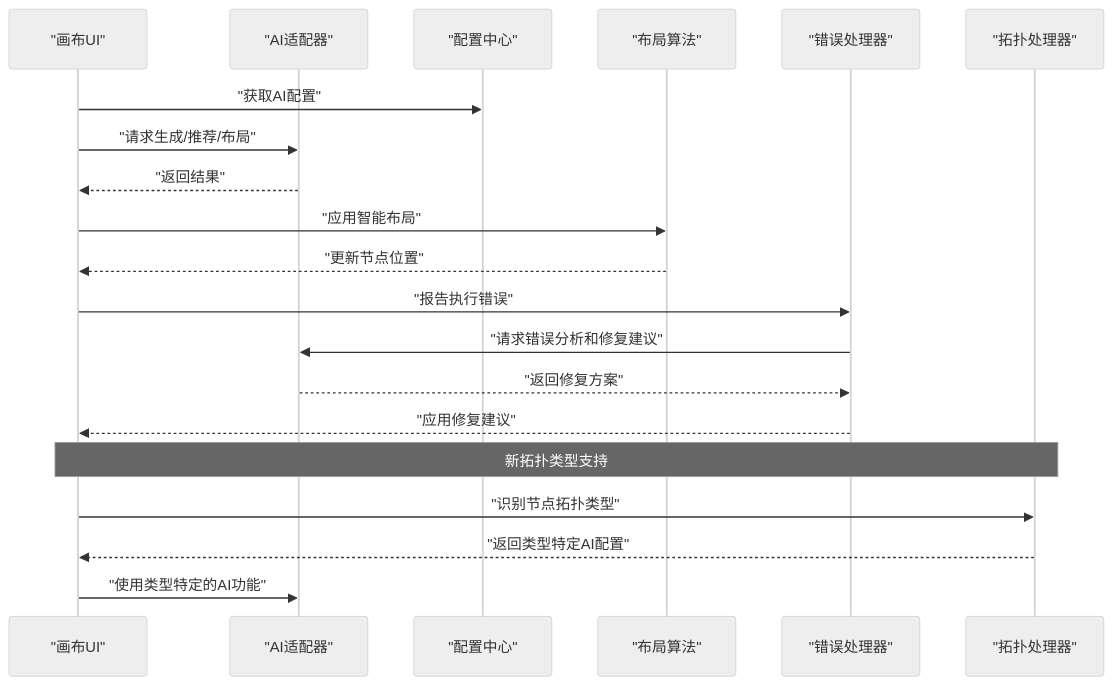
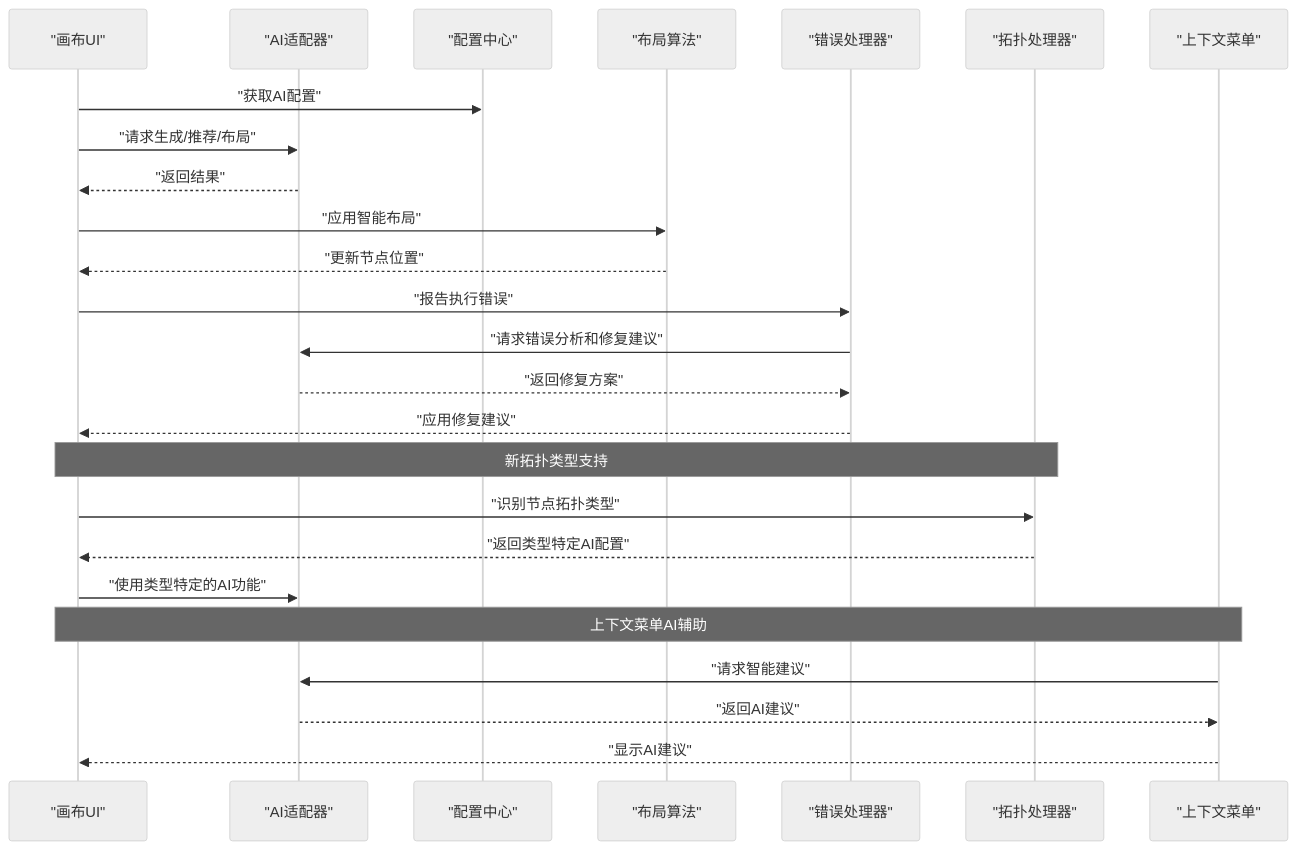
Diagram 17 of 19 in .qoder/repowiki/zh/content/画布编辑器/画布编辑器.md (scottcwy/PurpleInk), drawn with Mermaid (neutral theme) before and after one commit. The commit also changed other lines of this file and 23 other files, not shown here.

````diff
--- a/.qoder/repowiki/zh/content/画布编辑器/画布编辑器.md
+++ b/.qoder/repowiki/zh/content/画布编辑器/画布编辑器.md
@@ -738,22 +907,27 @@
 ```mermaid
 sequenceDiagram
 participant UI as "画布UI"
 participant AI as "AI适配器"
 participant Config as "配置中心"
 participant Layout as "布局算法"
 participant ErrorHandler as "错误处理器"
 participant TopologyHandler as "拓扑处理器"
+participant ContextMenu as "上下文菜单"
 UI->>Config : "获取AI配置"
 UI->>AI : "请求生成/推荐/布局"
 AI-->>UI : "返回结果"
 UI->>Layout : "应用智能布局"
 Layout-->>UI : "更新节点位置"
 UI->>ErrorHandler : "报告执行错误"
 ErrorHandler->>AI : "请求错误分析和修复建议"
 AI-->>ErrorHandler : "返回修复方案"
 ErrorHandler-->>UI : "应用修复建议"
 Note over UI,TopologyHandler : 新拓扑类型支持
 UI->>TopologyHandler : "识别节点拓扑类型"
 TopologyHandler-->>UI : "返回类型特定AI配置"
 UI->>AI : "使用类型特定的AI功能"
+Note over UI,ContextMenu : 上下文菜单AI辅助
+ContextMenu->>AI : "请求智能建议"
+AI-->>ContextMenu : "返回AI建议"
+ContextMenu-->>UI : "显示AI建议"
 ```
````
